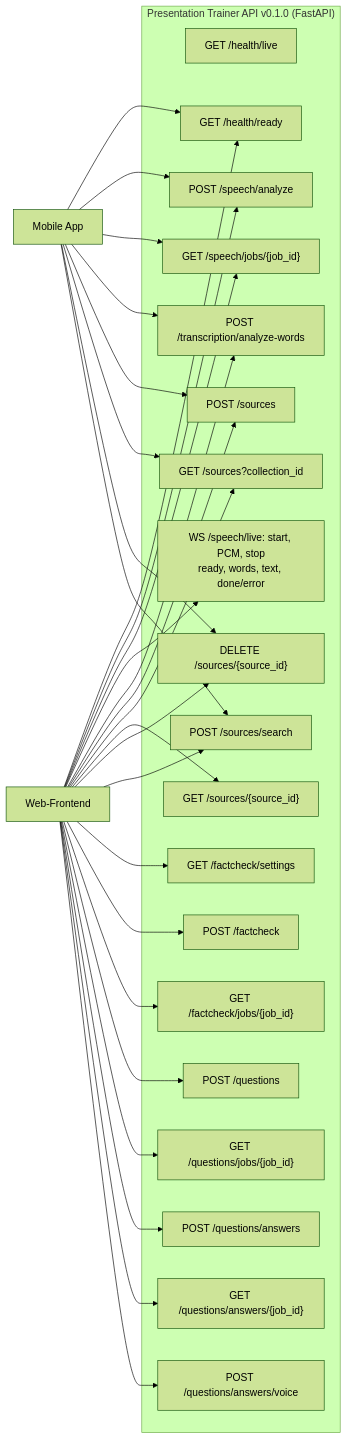
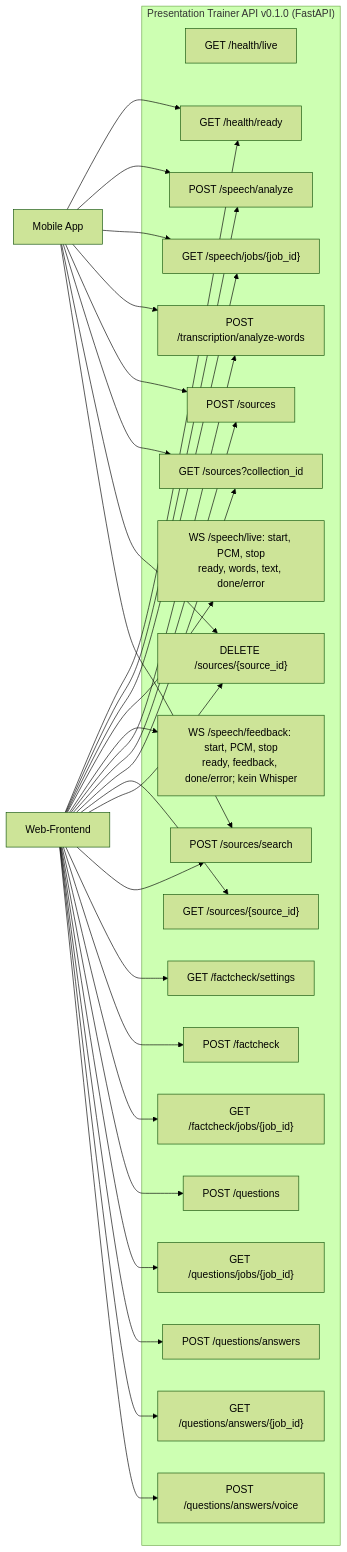
Diagram 11 of 11 in docs/03-architecture.md (johannes3502/hackathon-fulda), drawn with Mermaid (forest theme) before and after one commit. The commit also changed other lines of this file and 17 other files, not shown here.

Commit message:
Stream calibrated speech feedback during recording

````diff
--- a/docs/03-architecture.md
+++ b/docs/03-architecture.md
@@ -430,27 +440,28 @@
 ```mermaid
 flowchart LR
     subgraph API["Presentation Trainer API v0.1.0 (FastAPI)"]
         H1["GET /health/live"]
         H2["GET /health/ready"]
         S1["POST /speech/analyze"]
         S2["GET /speech/jobs/{job_id}"]
         S3LIVE["WS /speech/live: start, PCM, stop<br/>ready, words, text, done/error"]
+        S4LIVE["WS /speech/feedback: start, PCM, stop<br/>ready, feedback, done/error; kein Whisper"]
         T1["POST /transcription/analyze-words"]
         R1["POST /sources"]
         R2["GET /sources?collection_id"]
         R3["GET /sources/{source_id}"]
         R4["DELETE /sources/{source_id}"]
         R5["POST /sources/search"]
         F1["GET /factcheck/settings"]
         F2["POST /factcheck"]
         F3["GET /factcheck/jobs/{job_id}"]
         Q1["POST /questions"]
         Q2["GET /questions/jobs/{job_id}"]
         Q3["POST /questions/answers"]
         Q4["GET /questions/answers/{job_id}"]
         Q5["POST /questions/answers/voice"]
     end
 
-    WEBF["Web-Frontend"] --> H2 & S1 & S2 & S3LIVE & T1 & R1 & R2 & R3 & R4 & R5 & F1 & F2 & F3 & Q1 & Q2 & Q3 & Q4 & Q5
+    WEBF["Web-Frontend"] --> H2 & S1 & S2 & S3LIVE & S4LIVE & T1 & R1 & R2 & R3 & R4 & R5 & F1 & F2 & F3 & Q1 & Q2 & Q3 & Q4 & Q5
     MOB["Mobile App"] --> H2 & S1 & S2 & T1 & R1 & R2 & R4 & R5
 ```
````
